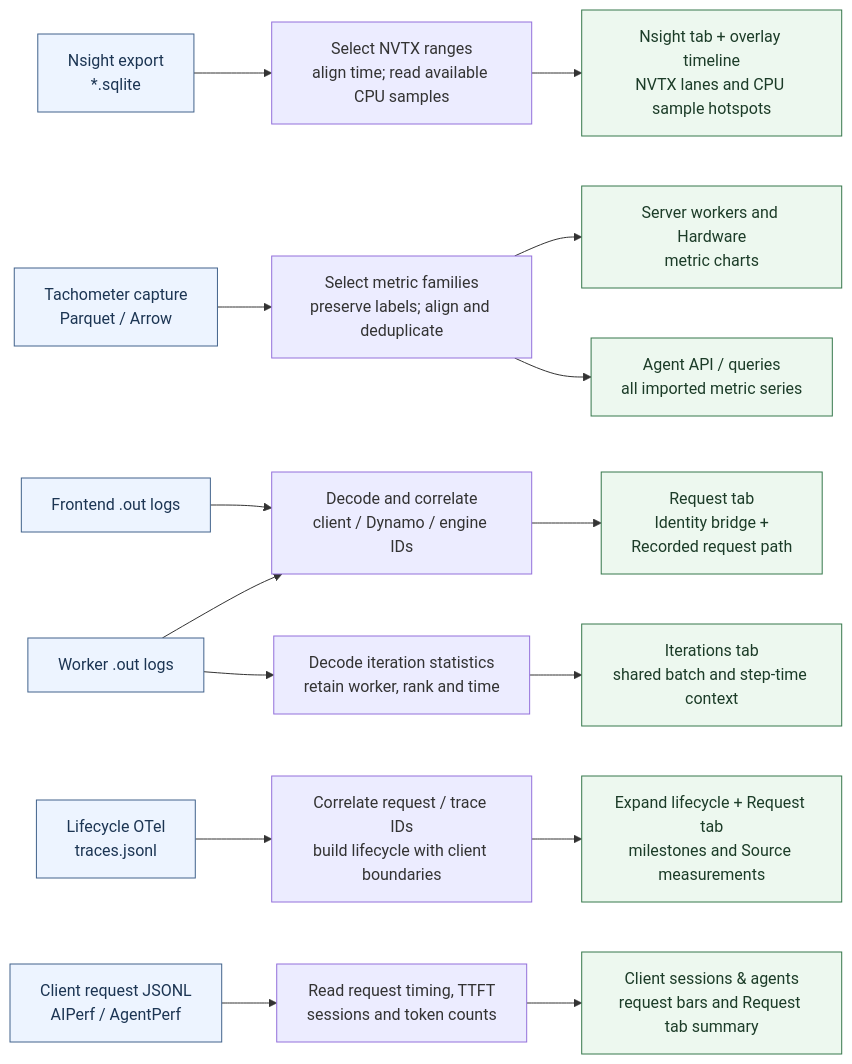
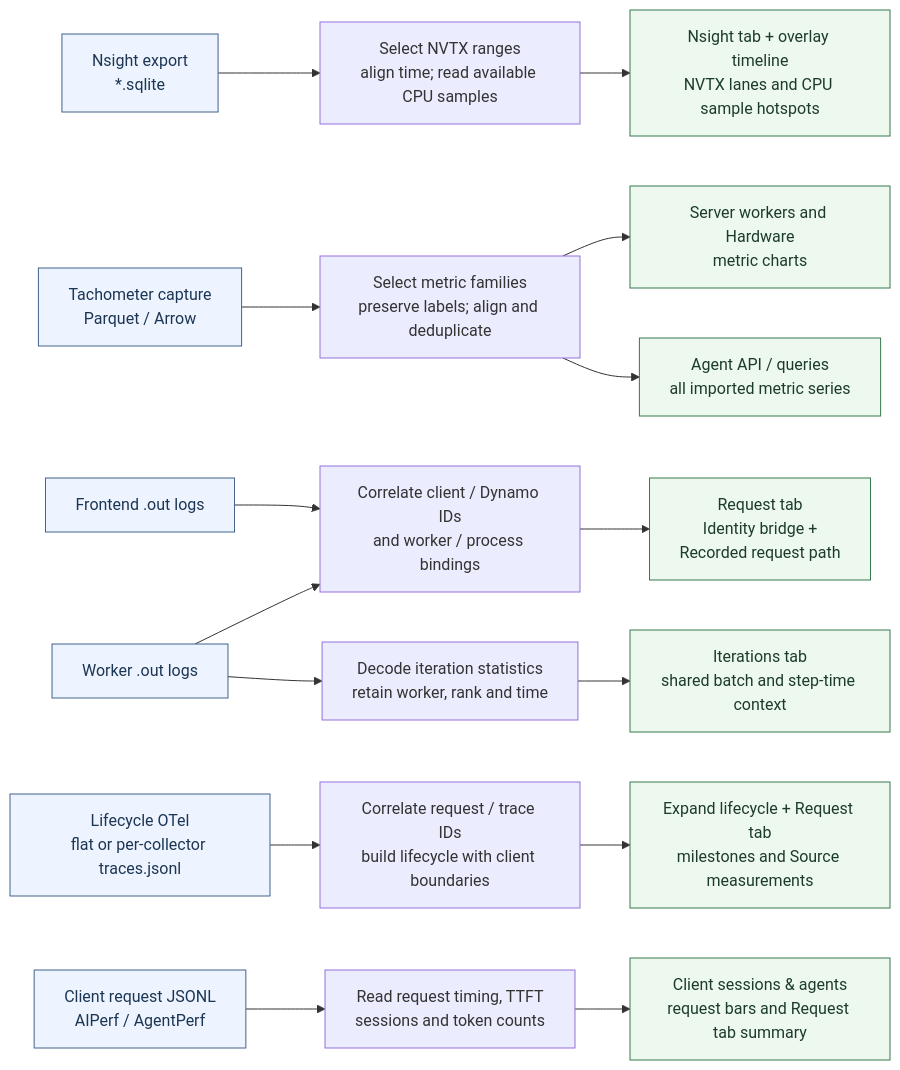
Before and after one commit to NVIDIA/srt-slurm: the first of 2 diagrams in docs/dsight-data-flow.md, drawn with Mermaid. The commit also changed other lines of this file and 6 other files, not shown here.

Commit message:
feat(dsight): join Dynamo request and worker identities

````diff
--- a/docs/dsight-data-flow.md
+++ b/docs/dsight-data-flow.md
@@ -14,26 +14,26 @@
 ```mermaid
 flowchart LR
     N["Nsight export<br/>*.sqlite"] --> NP["Select NVTX ranges<br/>align time; read available CPU samples"]
     NP --> NU["Nsight tab + overlay timeline<br/>NVTX lanes and CPU sample hotspots"]
 
     T["Tachometer capture<br/>Parquet / Arrow"] --> MP["Select metric families<br/>preserve labels; align and deduplicate"]
     MP --> MU["Server workers and Hardware<br/>metric charts"]
     MP --> MQ["Agent API / queries<br/>all imported metric series"]
 
-    W["Worker .out logs"] --> IP["Decode and correlate<br/>client / Dynamo / engine IDs"]
+    W["Worker .out logs"] --> IP["Correlate client / Dynamo IDs<br/>and worker / process bindings"]
     F["Frontend .out logs"] --> IP
     IP --> IU["Request tab<br/>Identity bridge +<br/>Recorded request path"]
     W --> BP["Decode iteration statistics<br/>retain worker, rank and time"]
     BP --> BU["Iterations tab<br/>shared batch and step-time context"]
 
-    O["Lifecycle OTel<br/>traces.jsonl"] --> LP["Correlate request / trace IDs<br/>build lifecycle with client boundaries"]
+    O["Lifecycle OTel<br/>flat or per-collector traces.jsonl"] --> LP["Correlate request / trace IDs<br/>build lifecycle with client boundaries"]
     LP --> LU["Expand lifecycle + Request tab<br/>milestones and Source measurements"]
 
     C["Client request JSONL<br/>AIPerf / AgentPerf"] --> CP["Read request timing, TTFT<br/>sessions and token counts"]
     CP --> CU["Client sessions & agents<br/>request bars and Request tab summary"]
 
     classDef source fill:#edf4ff,stroke:#42638c,color:#1c3553;
     classDef ui fill:#edf8ef,stroke:#36784c,color:#1c3c28;
     class N,T,W,F,O,C source;
     class NU,MU,MQ,IU,BU,LU,CU ui;
 ```
````
